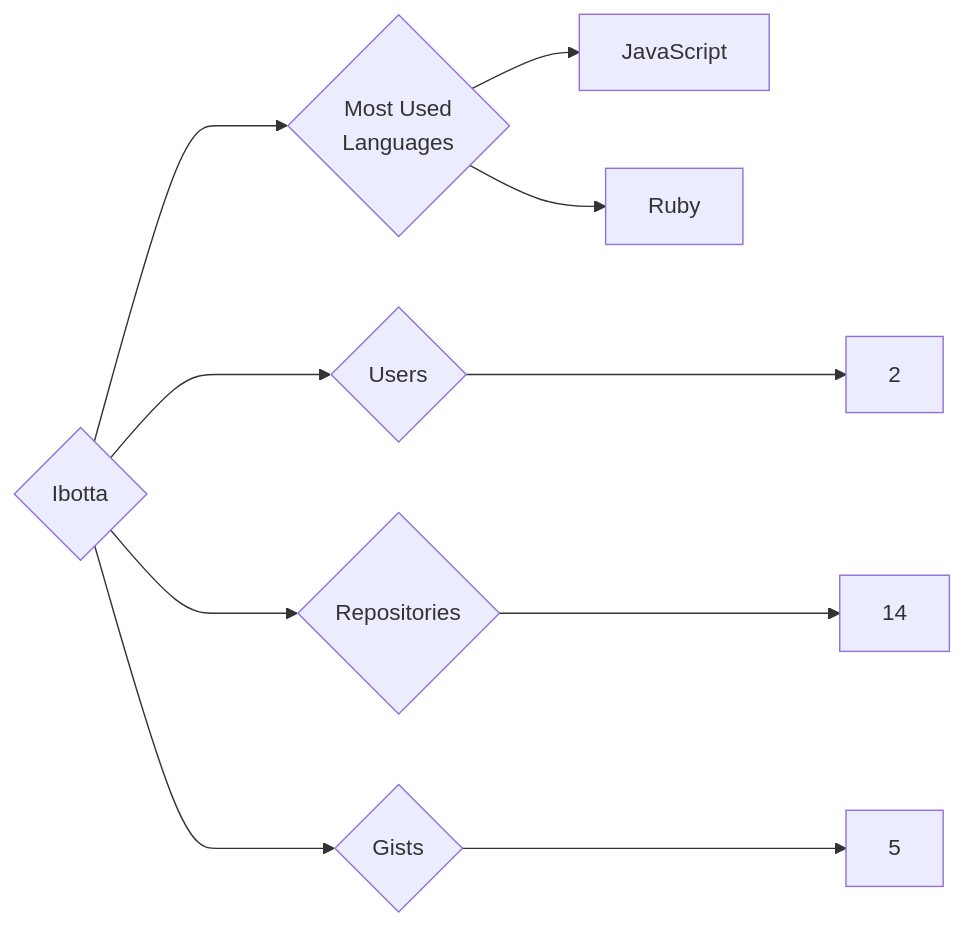
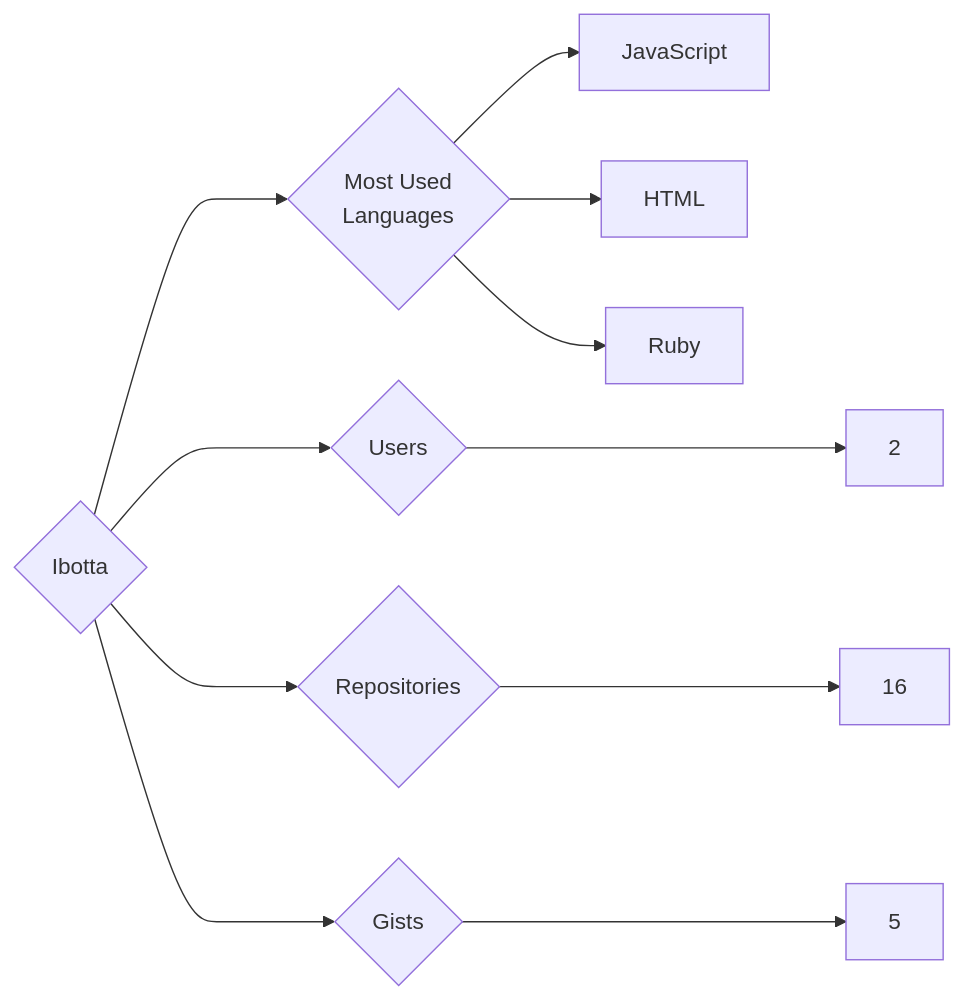
The diagram in targets/Ibotta/README.md (trickest/insiders), drawn with Mermaid before and after one commit. The commit also changed 942 other files, not shown here.

````diff
--- a/targets/Ibotta/README.md
+++ b/targets/Ibotta/README.md
@@ -3,10 +3,11 @@
 ```mermaid
 graph LR
 COMPANY_NAME{Ibotta}
 COMPANY_NAME ---> U{Users} ---> UN[2]
-COMPANY_NAME ---> R{Repositories} ---> RN[14]
+COMPANY_NAME ---> R{Repositories} ---> RN[16]
 COMPANY_NAME ---> G{Gists} ---> GN[5]
 COMPANY_NAME ---> ML{Most Used<br>Languages}
 ML --> JavaScript[JavaScript]
+ML --> HTML[HTML]
 ML --> Ruby[Ruby]
 ```
````
